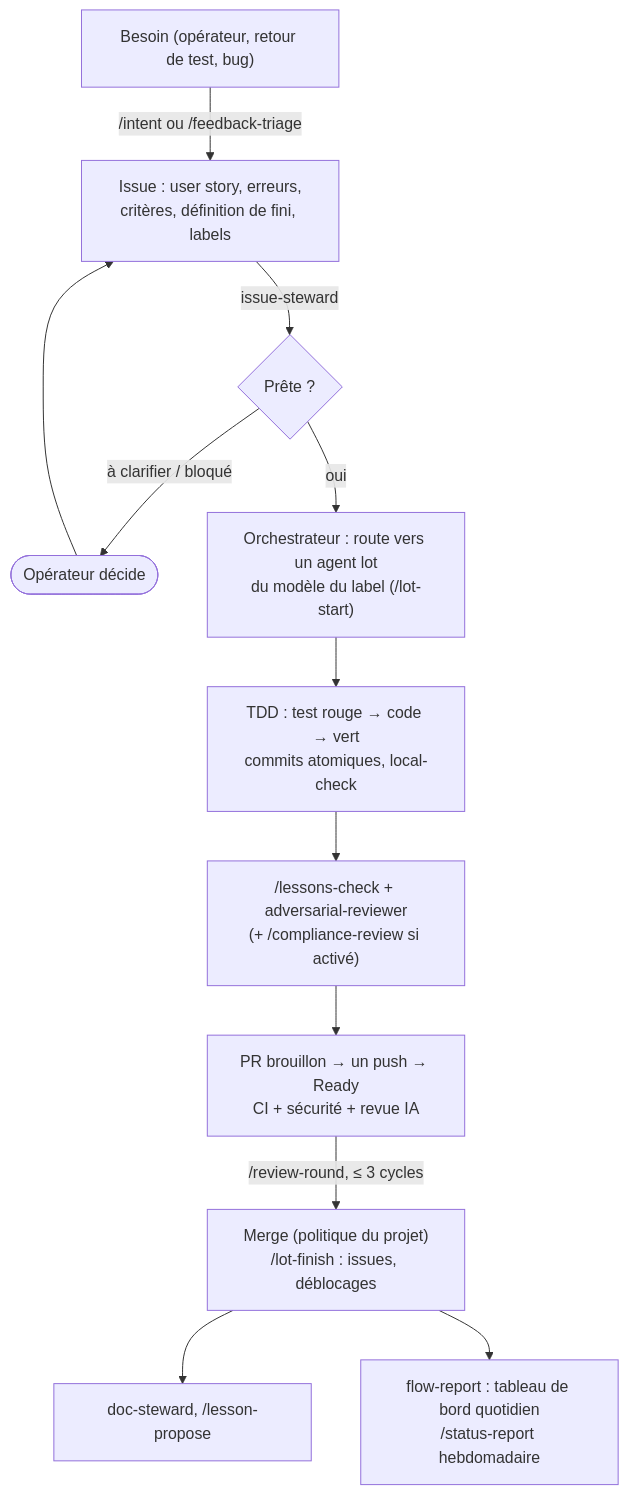
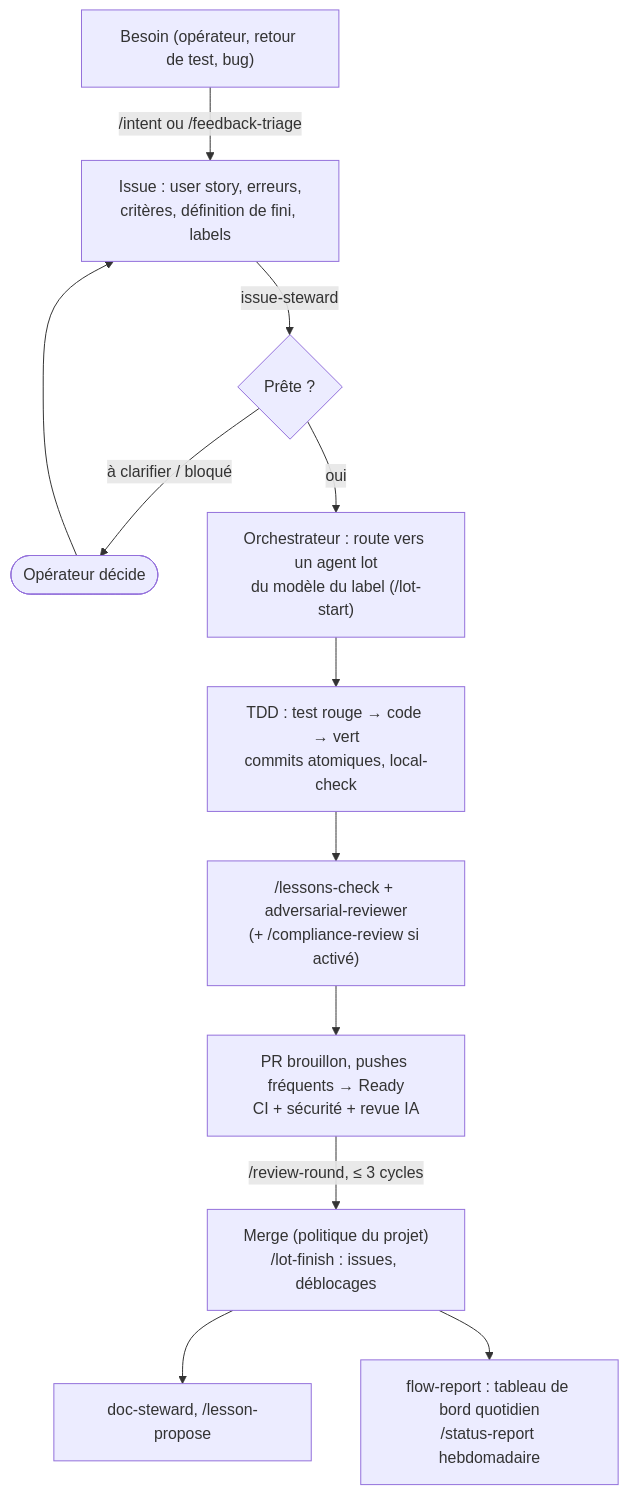
The diagram in docs/UTILISATION.md (francoisgn/Agentic-Harness), drawn with Mermaid before and after one commit. The commit also changed other lines of this file and 41 other files, not shown here.

````diff
--- a/docs/UTILISATION.md
+++ b/docs/UTILISATION.md
@@ -9,13 +9,13 @@
 ```mermaid
 flowchart TD
   A["Besoin (opérateur, retour de test, bug)"] -->|/intent ou /feedback-triage| B["Issue : user story, erreurs,<br/>critères, définition de fini, labels"]
   B -->|issue-steward| C{Prête ?}
   C -- "à clarifier / bloqué" --> OP([Opérateur décide]) --> B
   C -- oui --> D["Orchestrateur : route vers un agent lot<br/>du modèle du label (/lot-start)"]
   D --> E["TDD : test rouge → code → vert<br/>commits atomiques, local-check"]
   E --> F["/lessons-check + adversarial-reviewer<br/>(+ /compliance-review si activé)"]
-  F --> G["PR brouillon → un push → Ready<br/>CI + sécurité + revue IA"]
+  F --> G["PR brouillon, pushes fréquents → Ready<br/>CI + sécurité + revue IA"]
   G -->|/review-round, ≤ 3 cycles| H["Merge (politique du projet)<br/>/lot-finish : issues, déblocages"]
   H --> I["doc-steward, /lesson-propose"]
   H --> J["flow-report : tableau de bord quotidien<br/>/status-report hebdomadaire"]
 ```
````
